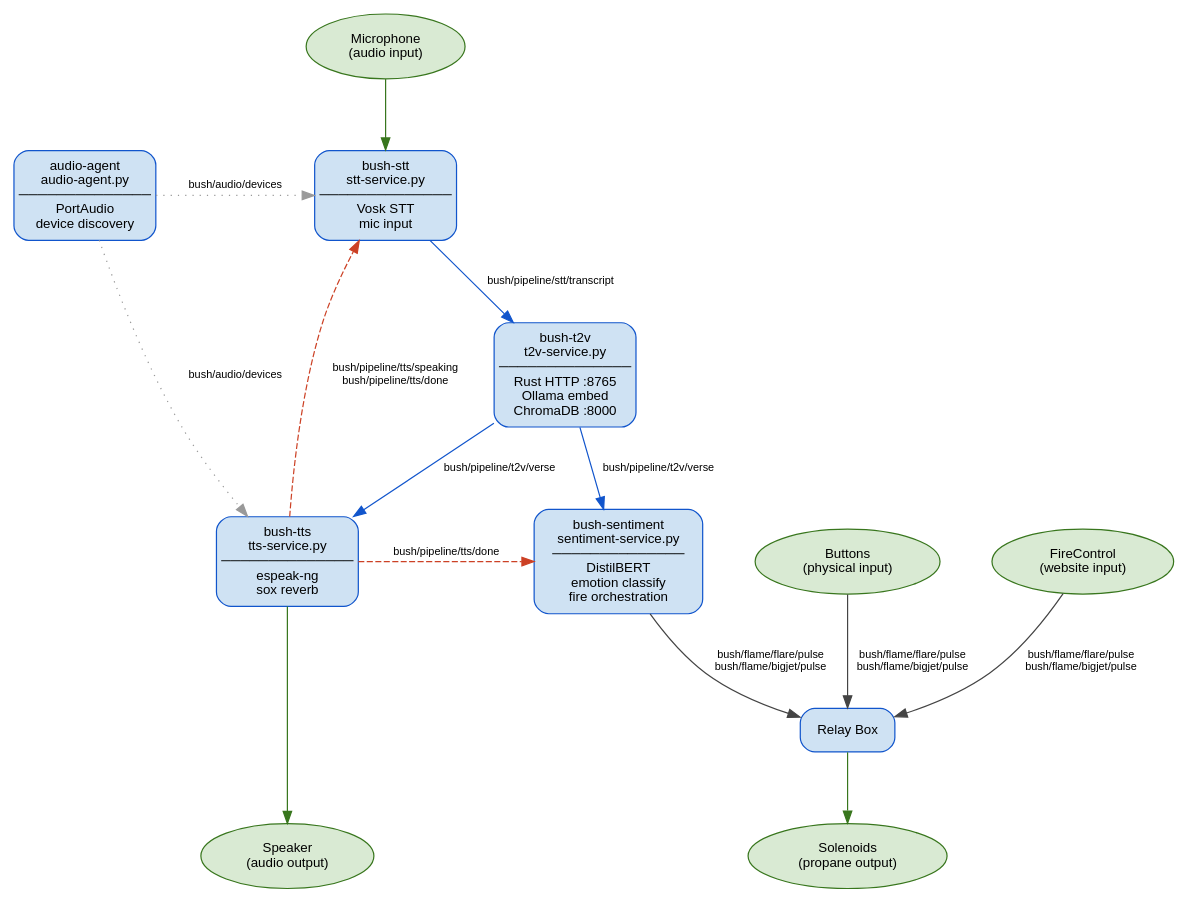
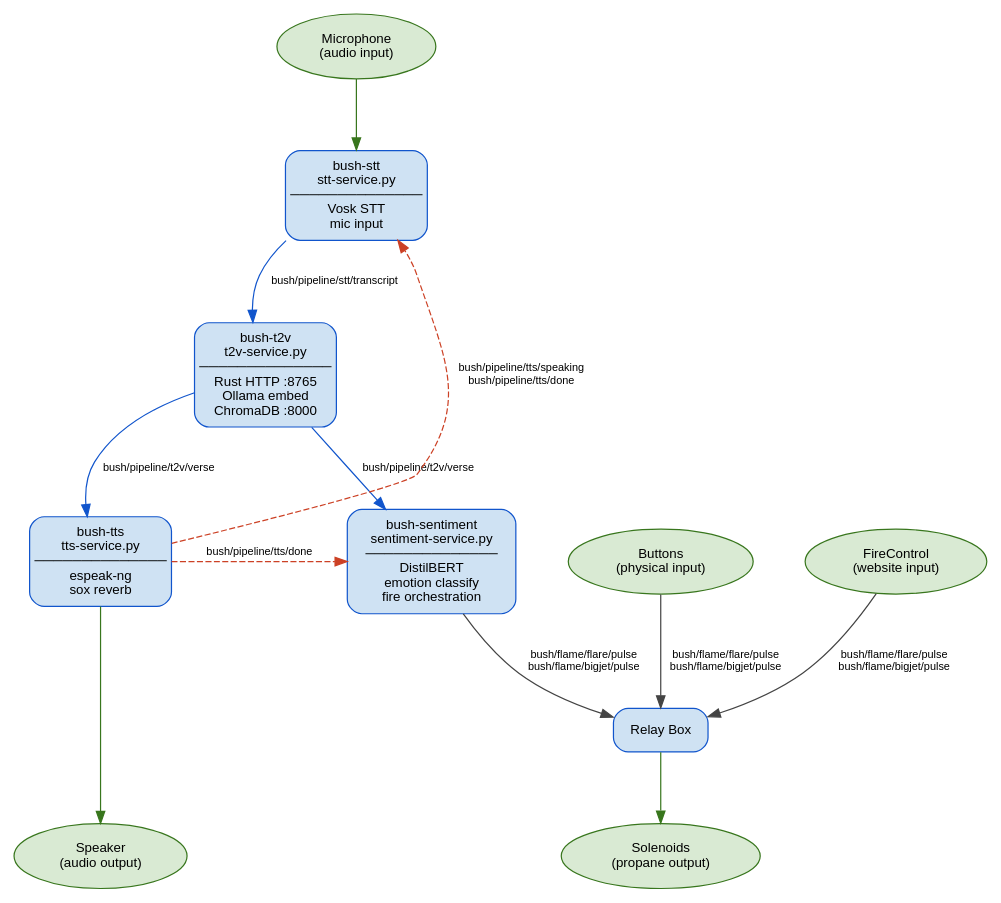
One commit to FlamingBush/bushglue changed the diagram in mqtt-architecture.dot. Above: the diagram before and after it, drawn with Graphviz. The commit also changed 11 other files, not shown here.

```diff
--- a/mqtt-architecture.dot
+++ b/mqtt-architecture.dot
@@ -1,73 +1,65 @@
 digraph bushglue {
     graph [
         rankdir=TD
         fontname="Helvetica"
         fontsize=12
         nodesep=0.6
         ranksep=0.8
         bgcolor="white"
     ]
     node [
         fontname="Helvetica"
         fontsize=11
         shape=box
         style="rounded,filled"
         fillcolor="#f5f5f5"
         color="#555555"
         margin="0.15,0.1"
     ]
     edge [
         fontname="Helvetica"
         fontsize=9
         color="#444444"
         labeldistance=2
     ]
 
     // IO
     MIC [label="Microphone\n(audio input)" shape=ellipse fillcolor="#d9ead3" color="#38761d"]
     SPEAKER [label="Speaker\n(audio output)" shape=ellipse fillcolor="#d9ead3" color="#38761d"]
     FLAME [label="Solenoids\n(propane output)" shape=ellipse fillcolor="#d9ead3" color="#38761d"]
     BUTTONS [label="Buttons\n(physical input)" shape=ellipse fillcolor="#d9ead3" color="#38761d"]
     FIRECONTROL [label="FireControl\n(website input)" shape=ellipse fillcolor="#d9ead3" color="#38761d"]
 
     // Services
     STT [label="bush-stt\nstt-service.py\n──────────────\nVosk STT\nmic input" fillcolor="#cfe2f3" color="#1155cc"]
     T2V [label="bush-t2v\nt2v-service.py\n──────────────\nRust HTTP :8765\nOllama embed\nChromaDB :8000" fillcolor="#cfe2f3" color="#1155cc"]
     TTS [label="bush-tts\ntts-service.py\n──────────────\nespeak-ng\nsox reverb" fillcolor="#cfe2f3" color="#1155cc"]
     SENTIMENT [label="bush-sentiment\nsentiment-service.py\n──────────────\nDistilBERT\nemotion classify\nfire orchestration" fillcolor="#cfe2f3" color="#1155cc"]
-    AUDIOAGENT [label="audio-agent\naudio-agent.py\n──────────────\nPortAudio\ndevice discovery" fillcolor="#cfe2f3" color="#1155cc"]
     RELAYS [label="Relay Box" fillcolor="#cfe2f3" color="#1155cc"]
 
     // Layout hints
     { rank=source; MIC }
-    { rank=same; STT; AUDIOAGENT }
-    { rank=same; T2V }
     { rank=same; TTS; SENTIMENT }
     { rank=sink; SPEAKER; FLAME }
-    //{ rank=same; FIRECONTROL; BUTTONS }
 
     // Audio I/O (no MQTT)
     MIC -> STT [color="#38761d"]
     TTS -> SPEAKER [color="#38761d"]
 
     // Main pipeline (MQTT)
     STT -> T2V [label="bush/pipeline/stt/transcript" color="#1155cc"]
     T2V -> TTS [label="bush/pipeline/t2v/verse" color="#1155cc"]
     T2V -> SENTIMENT [label="bush/pipeline/t2v/verse" color="#1155cc"]
 
     // TTS feedback
     TTS -> STT [label="bush/pipeline/tts/speaking\nbush/pipeline/tts/done" color="#cc4125" style=dashed]
 
     // TTS / sentiment
     TTS -> SENTIMENT [label="bush/pipeline/tts/done" color="#cc4125" style=dashed]
 
     // Flame effects
     SENTIMENT -> RELAYS [label="bush/flame/flare/pulse\nbush/flame/bigjet/pulse"]
     FIRECONTROL -> RELAYS [label="bush/flame/flare/pulse\nbush/flame/bigjet/pulse"]
     BUTTONS -> RELAYS [label="bush/flame/flare/pulse\nbush/flame/bigjet/pulse"]
     RELAYS -> FLAME [color="#38761d"]
-
-    // Audio device management
-    AUDIOAGENT -> STT [label="bush/audio/devices" color="#999999" style=dotted]
-    AUDIOAGENT -> TTS [label="bush/audio/devices" color="#999999" style=dotted]
 }
```
